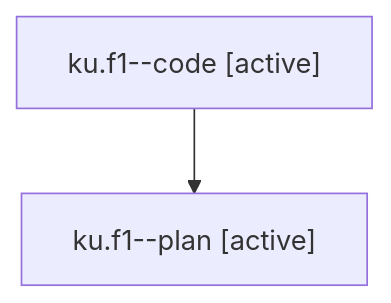
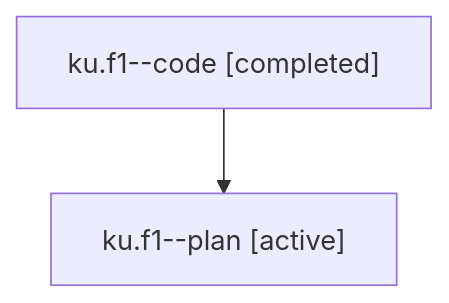
One commit to sase-org/sase--agents changed the diagram in families/bbugyi200.athena.ku.f1.md. Above: the diagram before and after it, drawn with Mermaid. The commit also changed other lines of this file and 8679 other files, not shown here.

````diff
--- a/families/bbugyi200.athena.ku.f1.md
+++ b/families/bbugyi200.athena.ku.f1.md
@@ -9,6 +9,6 @@
 ```mermaid
 flowchart TD
-  n0["ku.f1--code [active]"]
+  n0["ku.f1--code [completed]"]
   n1["ku.f1--plan [active]"]
   n0 --> n1
 ```
````
